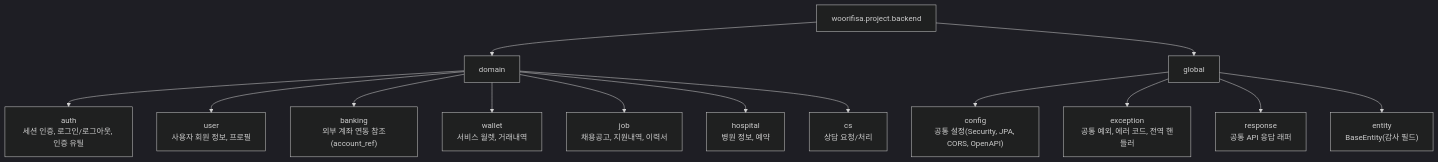
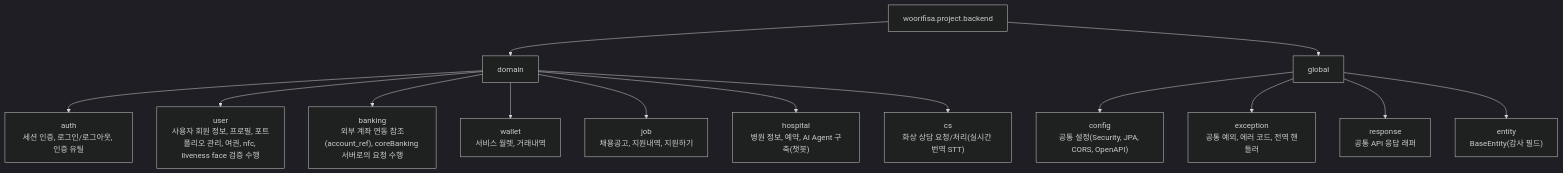
The diagram in backend/docs/package.md (jaepar/NOVA), drawn with Mermaid (dark theme) before and after one commit. The commit also changed other lines of this file, not shown here.

Commit message:
package.md 수정

````diff
--- a/backend/docs/package.md
+++ b/backend/docs/package.md
@@ -7,19 +7,19 @@
 ```mermaid
 flowchart TD
   root["woorifisa.project.backend"]
   root --> domain["domain"]
   root --> global["global"]
 
   domain --> auth["auth<br/>세션 인증, 로그인/로그아웃, 인증 유틸"]
-  domain --> user["user<br/>사용자 회원 정보, 프로필"]
-  domain --> banking["banking<br/>외부 계좌 연동 참조(account_ref)"]
+  domain --> user["user<br/>사용자 회원 정보, 프로필, 포트폴리오 관리, 여권, nfc, liveness face 검증 수행"]
+  domain --> banking["banking<br/>외부 계좌 연동 참조(account_ref), coreBanking 서버로의 요청 수행"]
   domain --> wallet["wallet<br/>서비스 월렛, 거래내역"]
-  domain --> job["job<br/>채용공고, 지원내역, 이력서"]
-  domain --> hospital["hospital<br/>병원 정보, 예약"]
-  domain --> cs["cs<br/>상담 요청/처리"]
+  domain --> job["job<br/>채용공고, 지원내역, 지원하기"]
+  domain --> hospital["hospital<br/>병원 정보, 예약, AI Agent 구축(챗봇)"]
+  domain --> cs["cs<br/>화상 상담 요청/처리(실시간 번역 STT)"]
 
   global --> config["config<br/>공통 설정(Security, JPA, CORS, OpenAPI)"]
   global --> exception["exception<br/>공통 예외, 에러 코드, 전역 핸들러"]
   global --> response["response<br/>공통 API 응답 래퍼"]
   global --> entity["entity<br/>BaseEntity(감사 필드)"]
 ```
````
